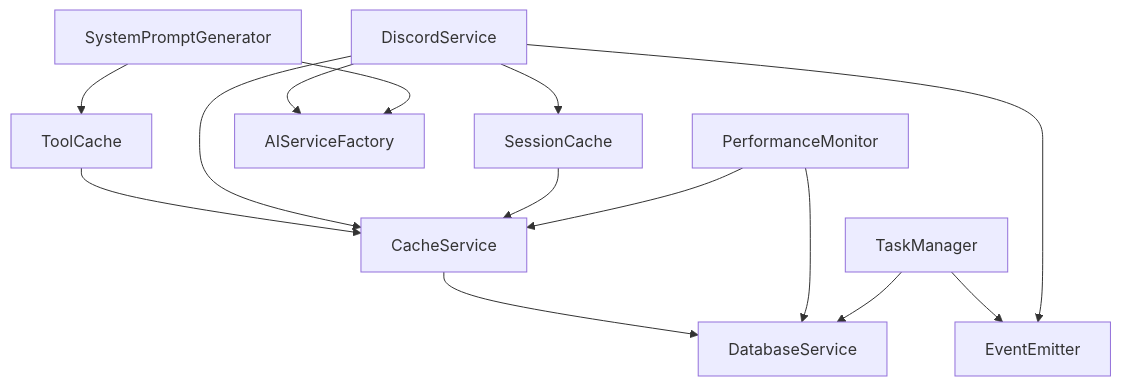
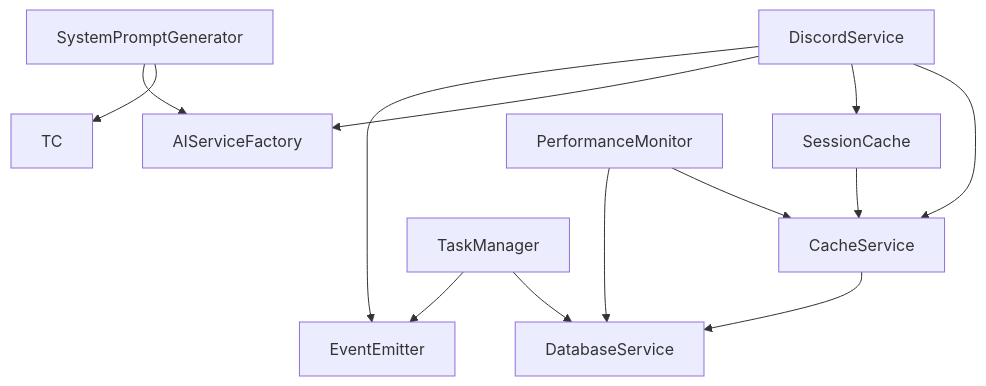
Before and after one commit to nydiokar/ai-chat: the diagram in docs/services-overview.md, drawn with Mermaid. The commit also changed 35 other files, not shown here.

Commit message:
better interface and service layer; removed tool_cache

````diff
--- a/docs/services-overview.md
+++ b/docs/services-overview.md
@@ -68,16 +68,15 @@
 ```mermaid
 graph TD
     CS[CacheService] --> DB[DatabaseService]
-    TC[ToolCache] --> CS
     DS[DiscordService] --> CS
     DS --> SC[SessionCache]
     DS --> AF[AIServiceFactory]
     SPG[SystemPromptGenerator] --> TC
     SPG --> AF
     SC --> CS
     PM[PerformanceMonitor] --> CS
     PM --> DB
     TM[TaskManager] --> DB
     TM --> EE[EventEmitter]
     DS --> EE
 ```
````
